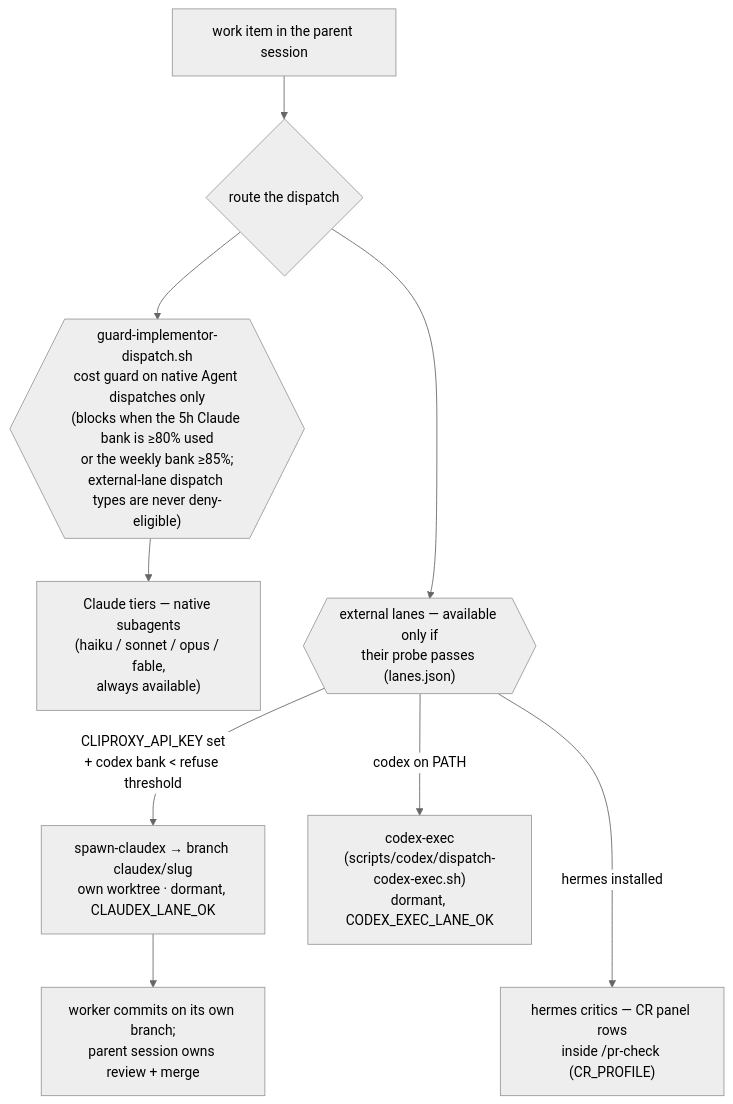
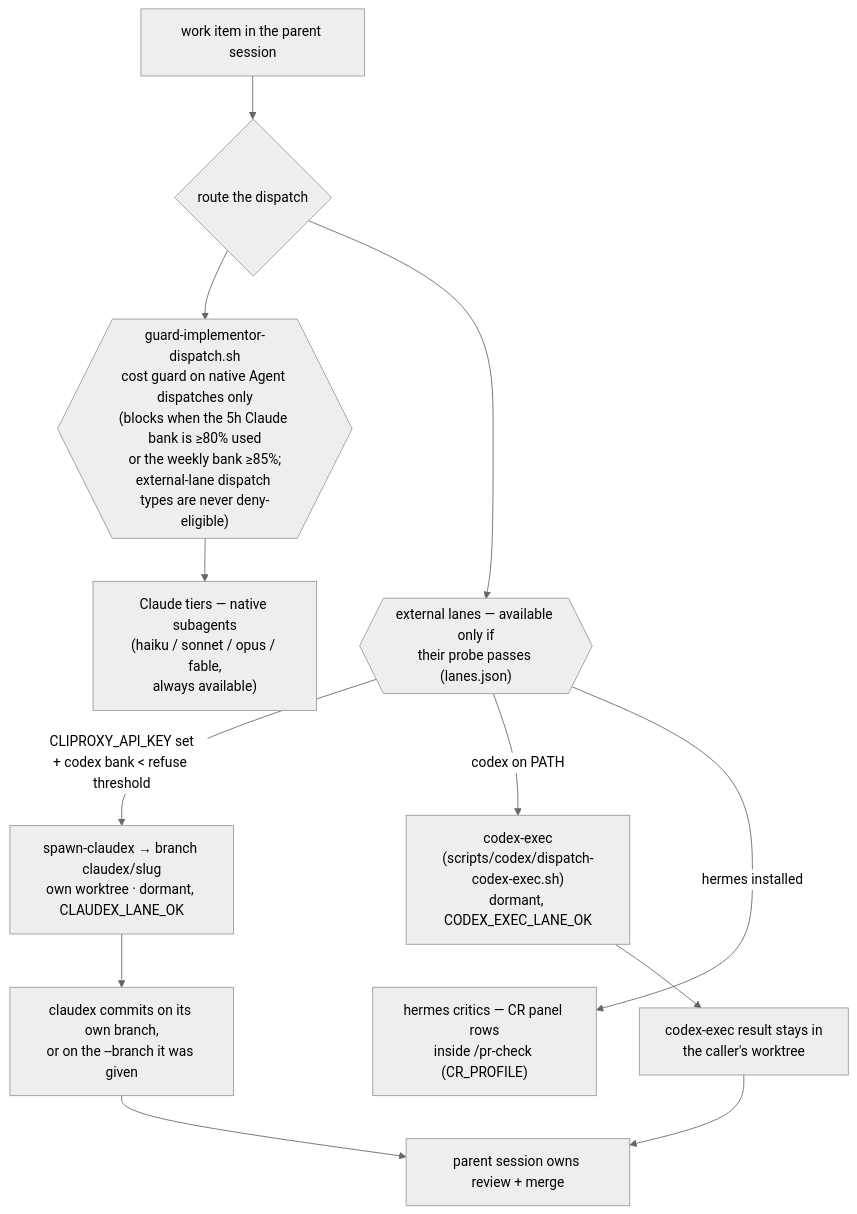
The fourth of 4 diagrams in docs/configuration.md (yotamleo-org/Himmel), drawn with Mermaid (neutral theme) before and after one commit.

Commit message:
docs: [HIMMEL-7481] the lane diagram shows where the claudex and codex-exec results land
configuration.md section 2.4: claudex commits on its own branch or the
--branch it was given, the codex-exec result stays in the caller's
worktree, and both feed the parent session's review and merge.

````diff
--- a/docs/configuration.md
+++ b/docs/configuration.md
@@ -278,13 +278,16 @@
 ```mermaid
 flowchart TD
     WORK["work item in the parent session"] --> ROUTE{"route the dispatch"}
     ROUTE --> GUARD{{"guard-implementor-dispatch.sh<br/>cost guard on native Agent dispatches only<br/>(blocks when the 5h Claude bank is ≥80% used<br/>or the weekly bank ≥85%;<br/>external-lane dispatch types are never deny-eligible)"}}
     GUARD --> TIER["Claude tiers — native subagents<br/>(haiku / sonnet / opus / fable,<br/>always available)"]
     ROUTE --> EXT{{"external lanes — available only if<br/>their probe passes (lanes.json)"}}
     EXT -->|"CLIPROXY_API_KEY set<br/>+ codex bank < refuse threshold"| CLX["spawn-claudex → branch claudex/slug<br/>own worktree · dormant, CLAUDEX_LANE_OK"]
     EXT -->|"codex on PATH"| CDX["codex-exec<br/>(scripts/codex/dispatch-codex-exec.sh)<br/>dormant, CODEX_EXEC_LANE_OK"]
     EXT -->|"hermes installed"| HRM["hermes critics — CR panel rows<br/>inside /pr-check (CR_PROFILE)"]
     CDX ~~~ HRM
     GUARD ~~~ EXT
-    CLX --> BACK["worker commits on its own branch;<br/>parent session owns review + merge"]
+    CLX --> CLXBACK["claudex commits on its own branch,<br/>or on the --branch it was given"]
+    CDX --> CDXBACK["codex-exec result stays in<br/>the caller's worktree"]
+    CLXBACK --> BACK["parent session owns review + merge"]
+    CDXBACK --> BACK
 ```
````
